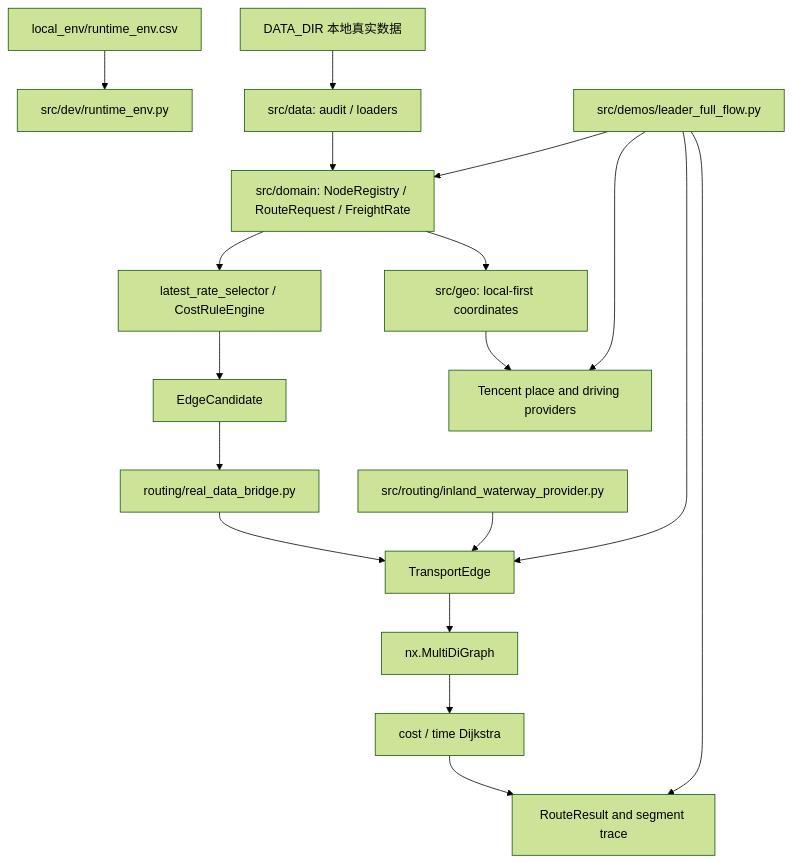
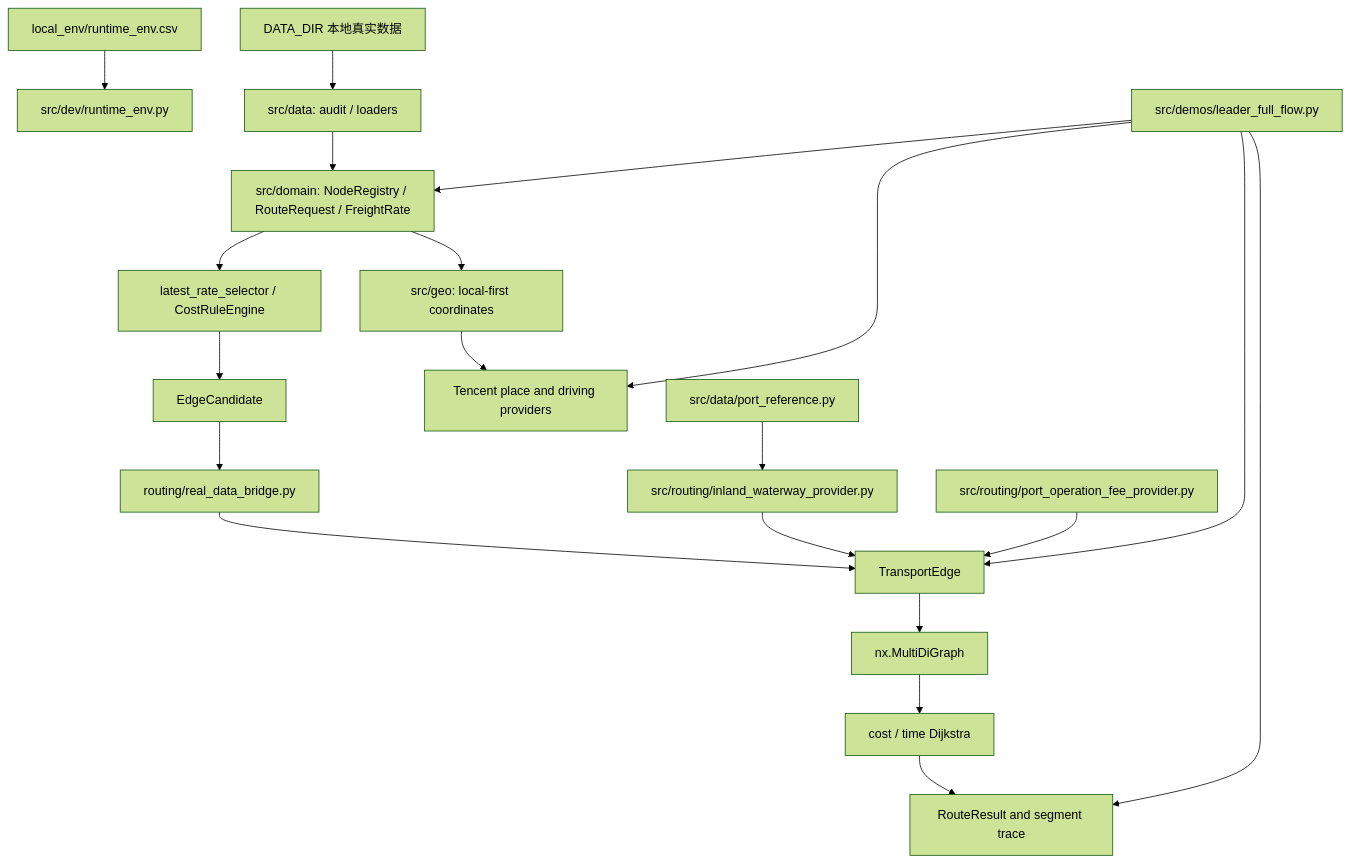
Before and after one commit to yumenou92-netizen/From-Port-to-Factory-A-Project-on-Transport-Route-Inference-Based-on-an-Open-Mapping-Platform: the diagram in docs/PROJECT_STATE.md, drawn with Mermaid (forest theme). The commit also changed other lines of this file and 34 other files, not shown here.

First line of the commit message:
feat(routing): add port data foundation and operation fees

````diff
--- a/docs/PROJECT_STATE.md
+++ b/docs/PROJECT_STATE.md
@@ -15,20 +15,22 @@
 ```mermaid
 flowchart TD
     A["local_env/runtime_env.csv"] --> B["src/dev/runtime_env.py"]
     C["DATA_DIR 本地真实数据"] --> D["src/data: audit / loaders"]
     D --> E["src/domain: NodeRegistry / RouteRequest / FreightRate"]
     E --> F["latest_rate_selector / CostRuleEngine"]
     E --> G["src/geo: local-first coordinates"]
     G --> H["Tencent place and driving providers"]
     F --> I["EdgeCandidate"]
     I --> J["routing/real_data_bridge.py"]
     J --> K["TransportEdge"]
     K --> L["nx.MultiDiGraph"]
     L --> M["cost / time Dijkstra"]
     M --> N["RouteResult and segment trace"]
     O["src/demos/leader_full_flow.py"] --> E
     O --> H
     O --> K
     O --> N
     Q["src/routing/inland_waterway_provider.py"] --> K
+    P["src/data/port_reference.py"] --> Q
+    R["src/routing/port_operation_fee_provider.py"] --> K
 ```
````
